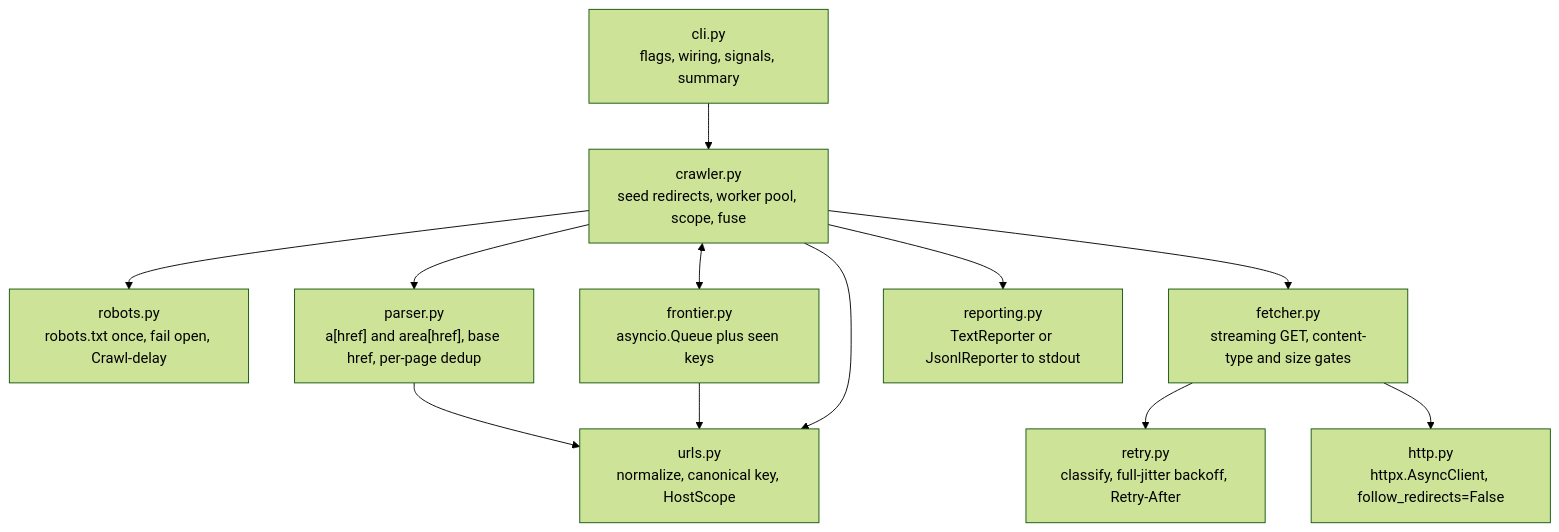
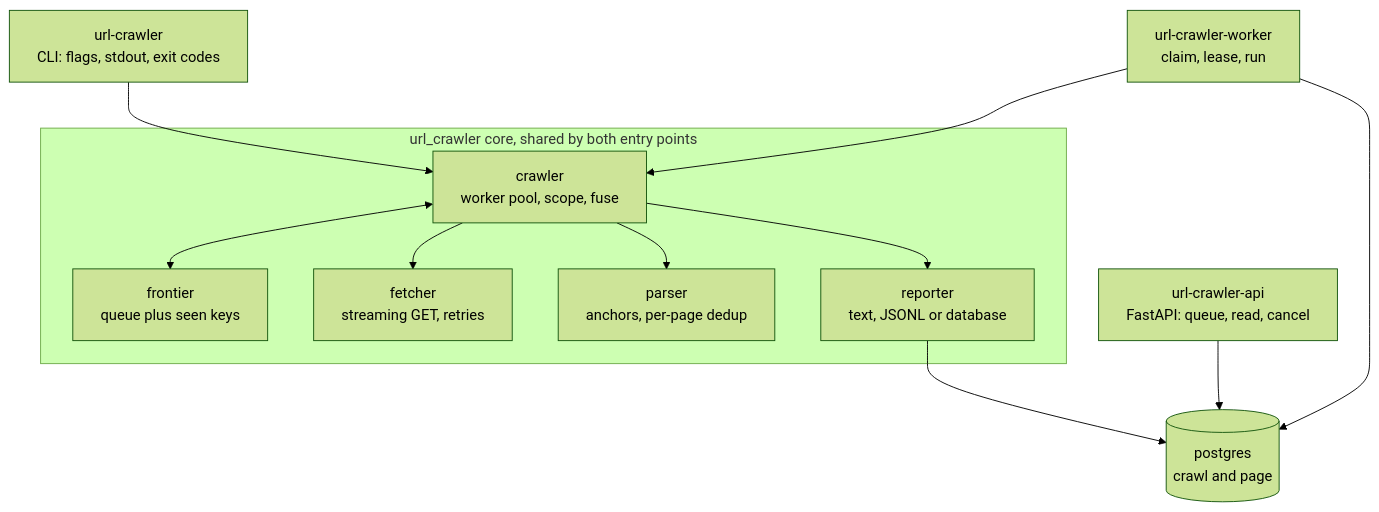
The diagram in README.md (jmbcs/url-crawler), drawn with Mermaid (forest theme) before and after one commit. The commit also changed other lines of this file, not shown here.

Commit message:
docs: rewrite readme as a short front page

````diff
--- a/README.md
+++ b/README.md
@@ -133,14 +26,25 @@
 ```mermaid
 flowchart TD
-    CLI["cli.py<br>flags, wiring, signals, summary"] --> Crawler["crawler.py<br>seed redirects, worker pool, scope, fuse"]
-    Crawler --> Robots["robots.py<br>robots.txt once, fail open, Crawl-delay"]
-    Crawler <--> Frontier["frontier.py<br>asyncio.Queue plus seen keys"]
-    Crawler --> Fetcher["fetcher.py<br>streaming GET, content-type and size gates"]
-    Fetcher --> Retry["retry.py<br>classify, full-jitter backoff, Retry-After"]
-    Fetcher --> Client["http.py<br>httpx.AsyncClient, follow_redirects=False"]
-    Crawler --> Parser["parser.py<br>a[href] and area[href], base href, per-page dedup"]
-    Parser --> Urls["urls.py<br>normalize, canonical key, HostScope"]
-    Frontier --> Urls
-    Crawler --> Urls
-    Crawler --> Reporter["reporting.py<br>TextReporter or JsonlReporter to stdout"]
+    CLI["url-crawler<br>CLI: flags, stdout, exit codes"]
+    Api["url-crawler-api<br>FastAPI: queue, read, cancel"]
+    Worker["url-crawler-worker<br>claim, lease, run"]
+    Db[("postgres<br>crawl and page")]
+
+    subgraph Core["url_crawler core, shared by both entry points"]
+        Crawler["crawler<br>worker pool, scope, fuse"]
+        Frontier["frontier<br>queue plus seen keys"]
+        Fetcher["fetcher<br>streaming GET, retries"]
+        Parser["parser<br>anchors, per-page dedup"]
+        Reporter["reporter<br>text, JSONL or database"]
+        Crawler <--> Frontier
+        Crawler --> Fetcher
+        Crawler --> Parser
+        Crawler --> Reporter
+    end
+
+    CLI --> Crawler
+    Worker --> Crawler
+    Api --> Db
+    Worker --> Db
+    Reporter --> Db
 ```
````
